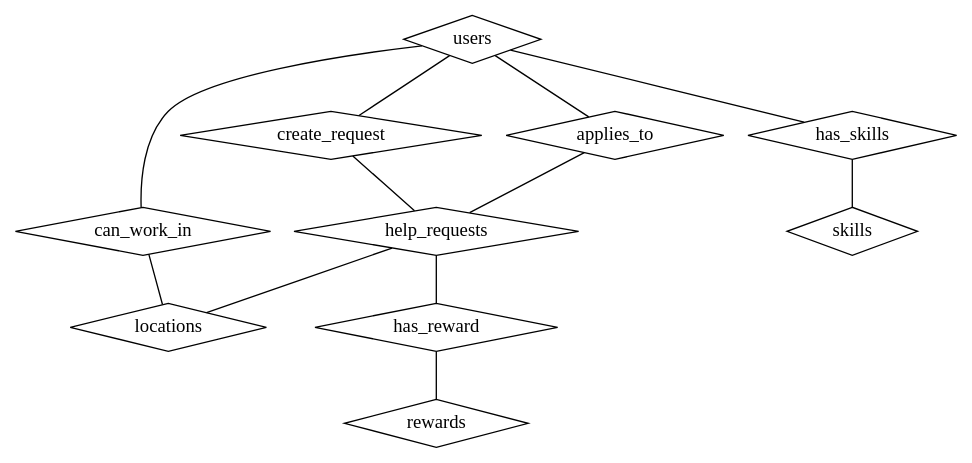
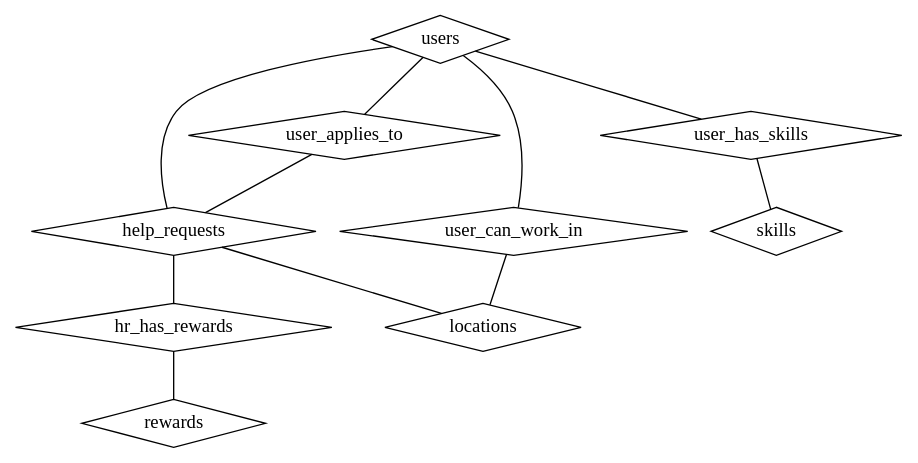
The diagram in postgresql/docs/erd.dot (arla-sigl-2021/arlaide-database), drawn with Graphviz before and after one commit. The commit also changed 20 other files, not shown here.

```diff
--- a/postgresql/docs/erd.dot
+++ b/postgresql/docs/erd.dot
@@ -1,33 +1,31 @@
 graph G {
 
     /**
      * Tables and attributes def
      */
 	"users" [shape=diamond];
 	"help_requests" [shape=diamond];
 	"locations" [shape=diamond];
 	"rewards" [shape=diamond];
     "skills" [shape=diamond];
 
-	"can_work_in" [shape=diamond];
-	"create_request" [shape=diamond];
-    "applies_to" [shape=diamond]; 
-	"has_skills" [shape=diamond];
-    "has_reward" [shape=diamond];
-    
+	"user_can_work_in" [shape=diamond];
+    "user_applies_to" [shape=diamond]; 
+	"user_has_skills" [shape=diamond];
+    "hr_has_rewards" [shape=diamond];
+
     /**
      *  Relations between tables
      */
-    "users" -- "create_request";
-    "create_request" -- "help_requests";
-    "users" -- "applies_to";
-    "applies_to" -- "help_requests";
-    "help_requests" -- "has_reward";
+    "users" -- "help_requests";
+    "users" -- "user_applies_to";
+    "user_applies_to" -- "help_requests";
+    "help_requests" -- "hr_has_rewards";
     "help_requests" -- "locations";
-    "has_reward" --  "rewards";
-    "users" -- "can_work_in";
-    "can_work_in" -- "locations";
-    "users" -- "has_skills";
-    "has_skills" -- "skills";
+    "hr_has_rewards" --  "rewards";
+    "users" -- "user_can_work_in";
+    "user_can_work_in" -- "locations";
+    "users" -- "user_has_skills";
+    "user_has_skills" -- "skills";
     
 }
```
